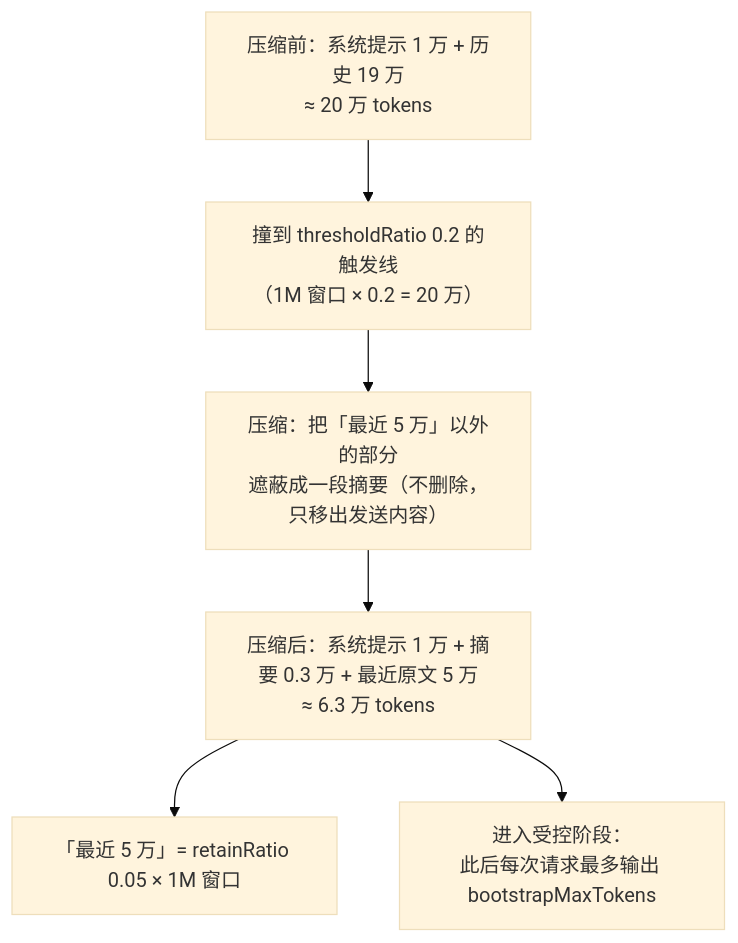
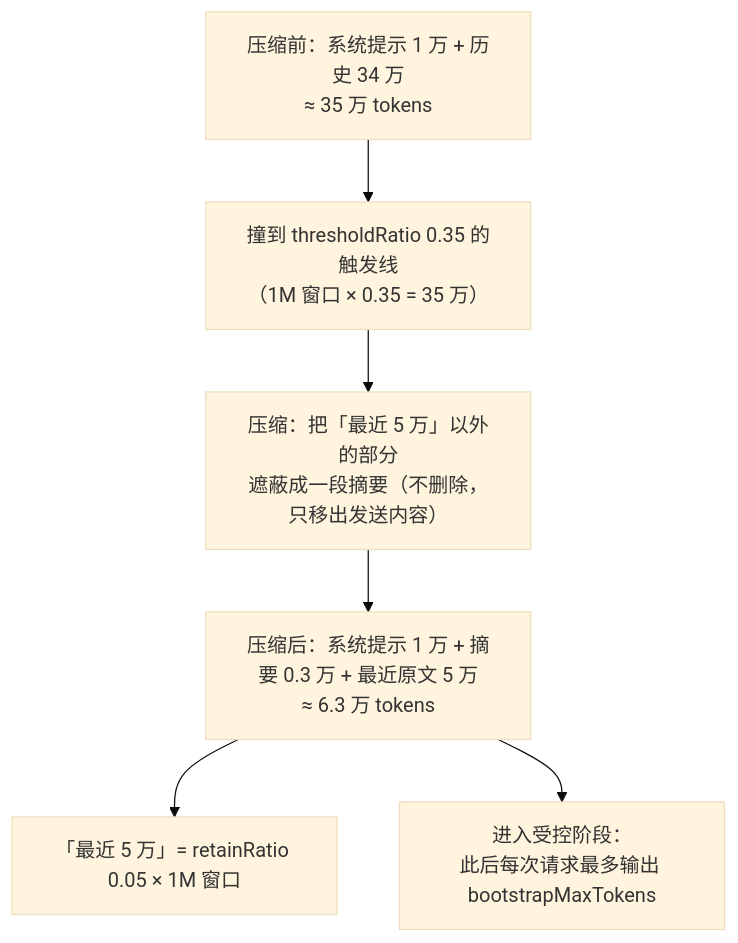
One commit to zhuto666/dsh-compact-agents changed the diagram in README.md. Above: the diagram before and after it, drawn with Mermaid (base theme). The commit also changed other lines of this file and 6 other files, not shown here.

````diff
--- a/README.md
+++ b/README.md
@@ -318,8 +318,8 @@
 ```mermaid
 flowchart TD
-    A["压缩前：系统提示 1 万 + 历史 19 万<br/>≈ 20 万 tokens"] --> B["撞到 thresholdRatio 0.2 的触发线<br/>（1M 窗口 × 0.2 = 20 万）"]
+    A["压缩前：系统提示 1 万 + 历史 34 万<br/>≈ 35 万 tokens"] --> B["撞到 thresholdRatio 0.35 的触发线<br/>（1M 窗口 × 0.35 = 35 万）"]
     B --> C["压缩：把「最近 5 万」以外的部分<br/>遮蔽成一段摘要（不删除，只移出发送内容）"]
     C --> D["压缩后：系统提示 1 万 + 摘要 0.3 万 + 最近原文 5 万<br/>≈ 6.3 万 tokens"]
     D --> E["「最近 5 万」= retainRatio 0.05 × 1M 窗口"]
     D --> F["进入受控阶段：<br/>此后每次请求最多输出 bootstrapMaxTokens"]
 ```
````
